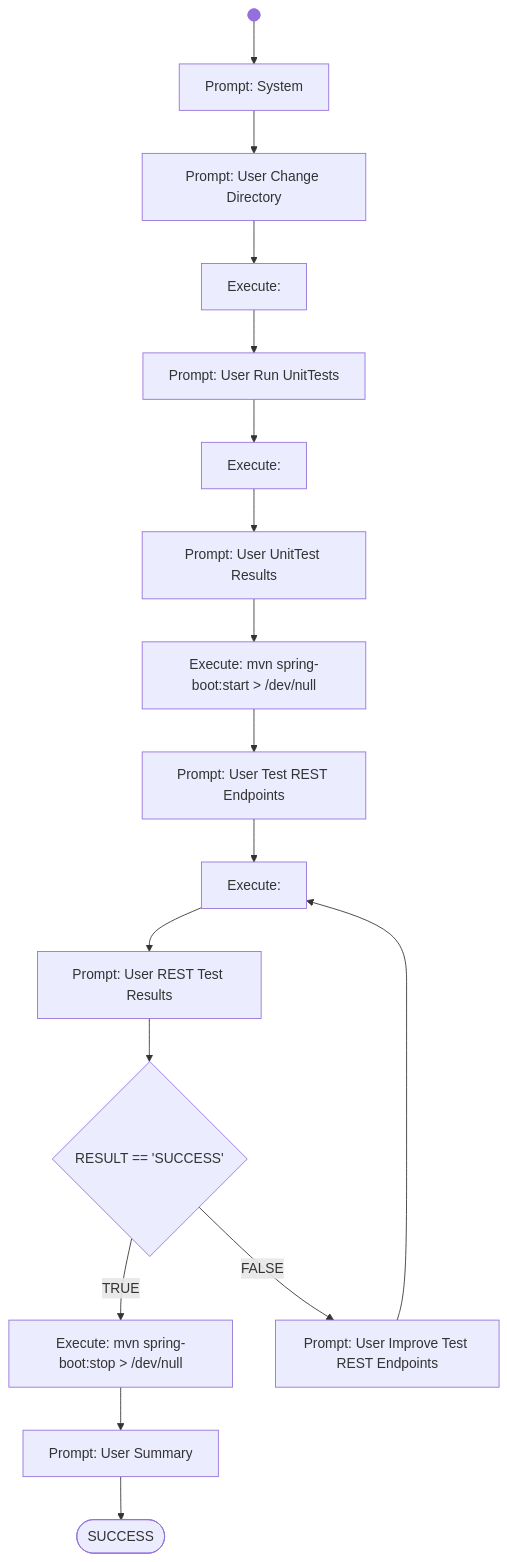
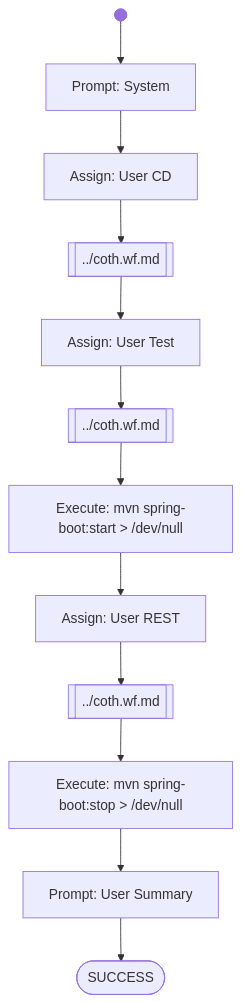
One commit to BernLeWal/AICodeMentor changed the diagram in workflows/source-eval/paperless-sprint1-testing.wf.md. Above: the diagram before and after it, drawn with Mermaid. The commit also changed other lines of this file and 10 other files, not shown here.

````diff
--- a/workflows/source-eval/paperless-sprint1-testing.wf.md
+++ b/workflows/source-eval/paperless-sprint1-testing.wf.md
@@ -16,30 +16,19 @@
 ```mermaid
 flowchart TD
     START@{ shape: f-circ, label:"start"} --> PROMPT_SYSTEM
+    PROMPT_SYSTEM[Prompt: System] --> ASSIGN_CD
 
-    PROMPT_SYSTEM[Prompt: System] --> PROMPT_CD
+    ASSIGN_CD[Assign: User CD] --> CALL_COTH_CD
+    CALL_COTH_CD[[../coth.wf.md]] --> ASSIGN_TEST
 
-    PROMPT_CD[Prompt: User Change Directory] --> EXECUTE_DIR
-    EXECUTE_DIR[Execute: ] --> PROMPT_UNITTESTS
+    ASSIGN_TEST[Assign: User Test] --> CALL_COTH_TEST
+    CALL_COTH_TEST[[../coth.wf.md]] --> EXECUTE_START
 
-    PROMPT_UNITTESTS[Prompt: User Run UnitTests] --> EXECUTE_TESTS
-    EXECUTE_TESTS[Execute: ] --> PROMPT_TESTRESULTS
-    PROMPT_TESTRESULTS[Prompt: User UnitTest Results] --> EXECUTE_START
-
-    EXECUTE_START[Execute: mvn spring-boot:start > /dev/null] --> PROMPT_REST
-
-    PROMPT_REST[Prompt: User Test REST Endpoints] --> EXECUTE_REST
-    EXECUTE_REST[Execute: ] --> PROMPT_RESTRESULTS
-
-    PROMPT_RESTRESULTS[Prompt: User REST Test Results] --> CHECK_RESTRESULTS_SUCCESS{RESULT == 'SUCCESS'}
-    CHECK_RESTRESULTS_SUCCESS --> |TRUE| EXECUTE_STOP
-    CHECK_RESTRESULTS_SUCCESS --> |FALSE| PROMPT_REST_IMPROVE
-    PROMPT_REST_IMPROVE[Prompt: User Improve Test REST Endpoints] --> EXECUTE_REST
-
+    EXECUTE_START[Execute: mvn spring-boot:start > /dev/null] --> ASSIGN_REST
+    ASSIGN_REST[Assign: User REST] --> CALL_COTH_REST
+    CALL_COTH_REST[[../coth.wf.md]] --> EXECUTE_STOP
     EXECUTE_STOP[Execute: mvn spring-boot:stop > /dev/null] --> PROMPT_SUMMARY
 
     PROMPT_SUMMARY[Prompt: User Summary] --> SUCCESS
-
     SUCCESS@{ shape: stadium  }
-
 ```
````
